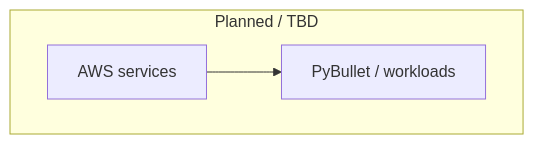
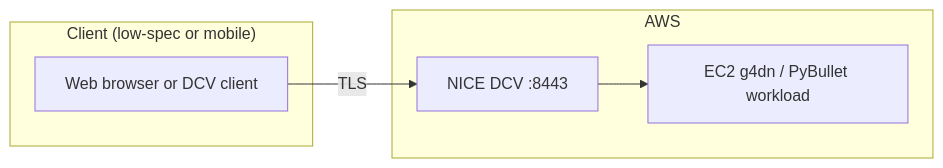
One commit to rubencg195/aws-pybullet-environment changed the first of 2 diagrams in README.md. Above: the diagram before and after it, drawn with Mermaid. The commit also changed other lines of this file and 16 other files, not shown here.

````diff
--- a/README.md
+++ b/README.md
@@ -7,8 +9,12 @@
 ```mermaid
-flowchart TB
-  subgraph future["Planned / TBD"]
-    AWS["AWS services"]
-    Sim["PyBullet / workloads"]
+flowchart LR
+  subgraph client["Client (low-spec or mobile)"]
+    B["Web browser or DCV client"]
   end
-  AWS --> Sim
+  subgraph aws["AWS"]
+    DCV["NICE DCV :8443"]
+    EC2["EC2 g4dn / PyBullet workload"]
+  end
+  B -->|TLS| DCV
+  DCV --> EC2
 ```
````
